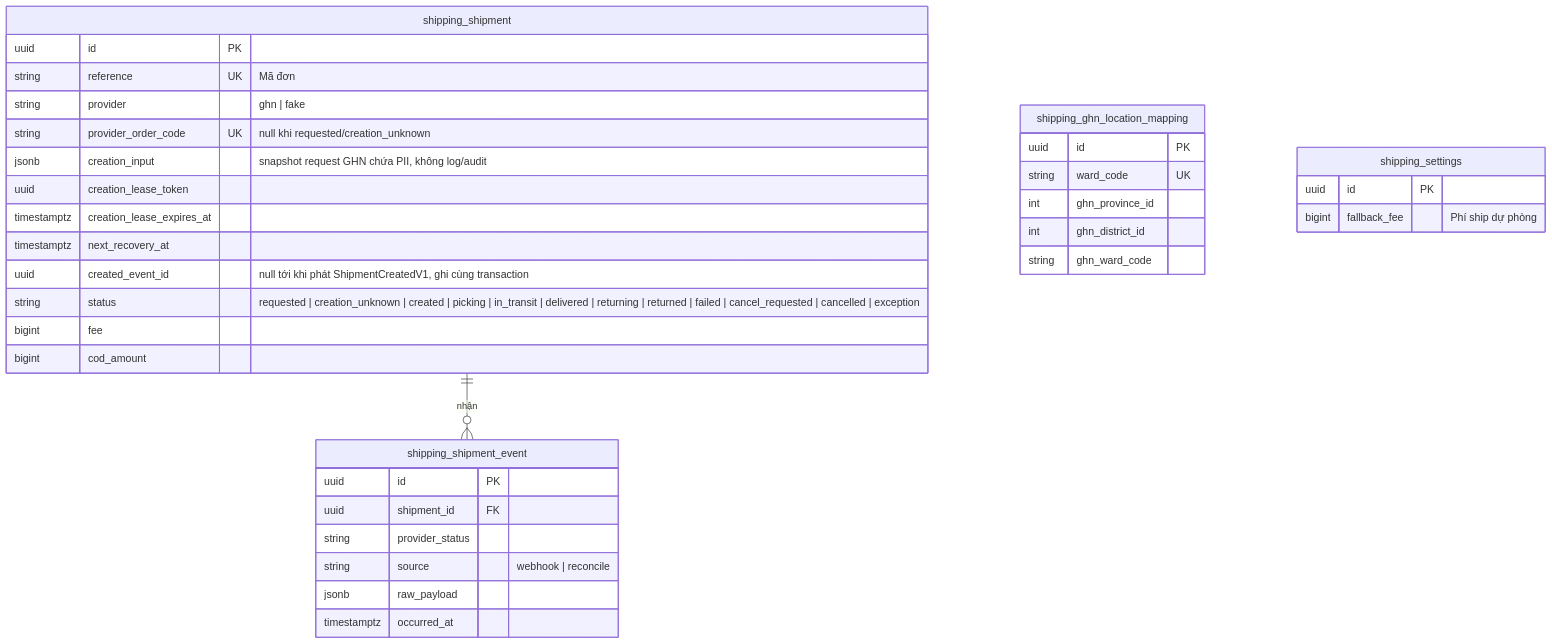
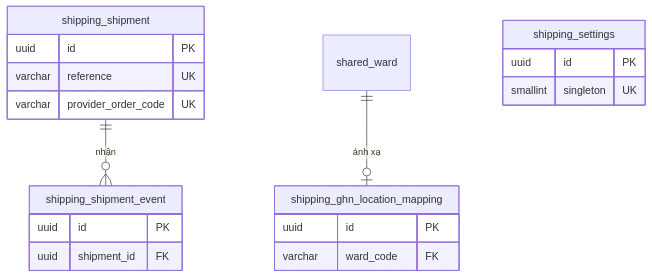
The eighth of 10 diagrams in docs/architecture/03-data-model.md (LuongCongThanh/boilerplate-ecommerce-next-16), drawn with Mermaid before and after one commit. The commit also changed other lines of this file and 21 other files, not shown here.

````diff
--- a/docs/architecture/03-data-model.md
+++ b/docs/architecture/03-data-model.md
@@ -413,37 +864,22 @@
 ```mermaid
 erDiagram
     shipping_shipment ||--o{ shipping_shipment_event : "nhận"
+    shared_ward ||--o| shipping_ghn_location_mapping : "ánh xạ"
     shipping_shipment {
         uuid id PK
-        string reference UK "Mã đơn"
-        string provider "ghn | fake"
-        string provider_order_code UK "null khi requested/creation_unknown"
-        jsonb creation_input "snapshot request GHN chứa PII, không log/audit"
-        uuid creation_lease_token
-        timestamptz creation_lease_expires_at
-        timestamptz next_recovery_at
-        uuid created_event_id "null tới khi phát ShipmentCreatedV1, ghi cùng transaction"
-        string status "requested | creation_unknown | created | picking | in_transit | delivered | returning | returned | failed | cancel_requested | cancelled | exception"
-        bigint fee
-        bigint cod_amount
+        varchar reference UK
+        varchar provider_order_code UK
     }
     shipping_shipment_event {
         uuid id PK
         uuid shipment_id FK
-        string provider_status
-        string source "webhook | reconcile"
-        jsonb raw_payload
-        timestamptz occurred_at
     }
     shipping_ghn_location_mapping {
         uuid id PK
-        string ward_code UK
-        int ghn_province_id
-        int ghn_district_id
-        string ghn_ward_code
+        varchar ward_code FK
     }
     shipping_settings {
         uuid id PK
-        bigint fallback_fee "Phí ship dự phòng"
+        smallint singleton UK
     }
 ```
````
